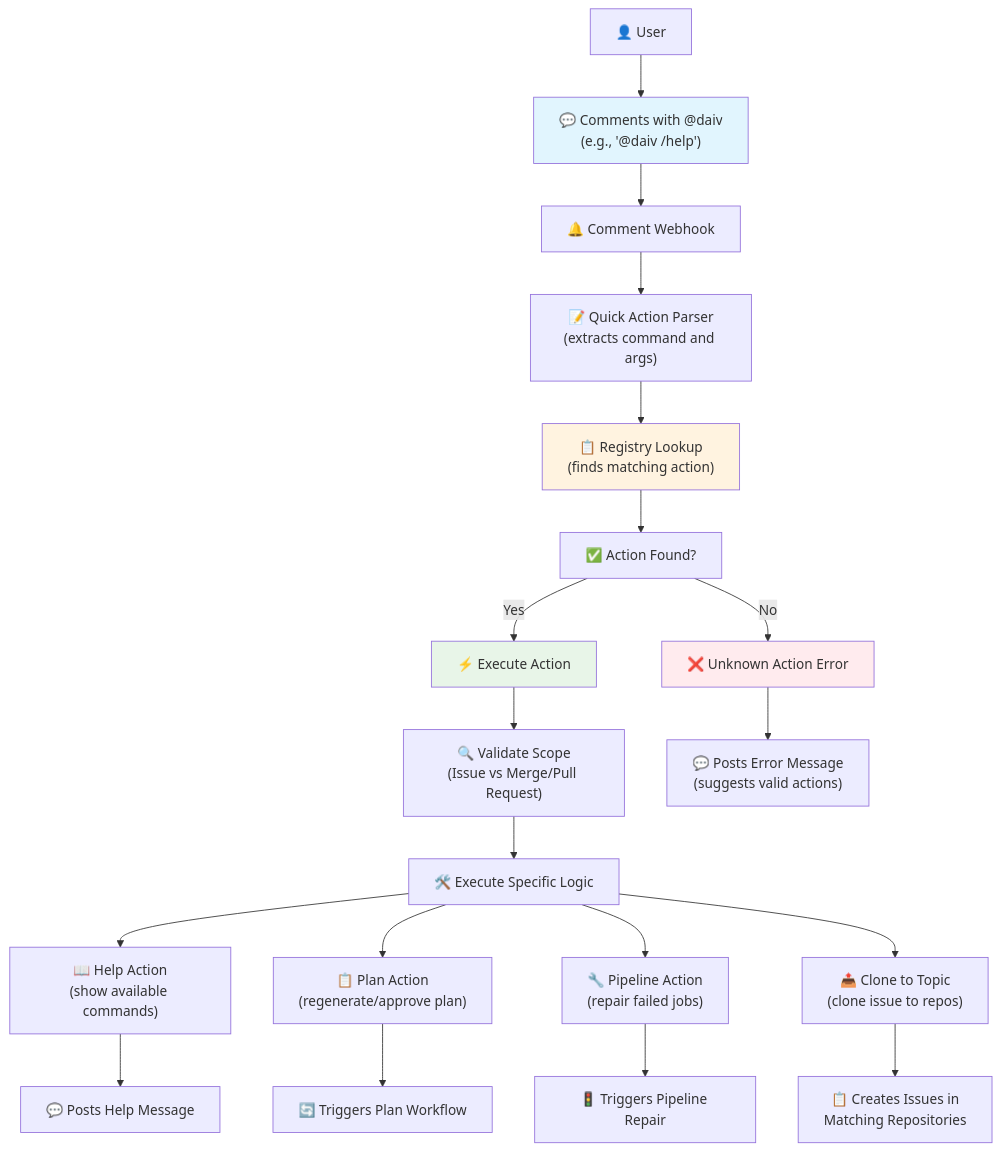
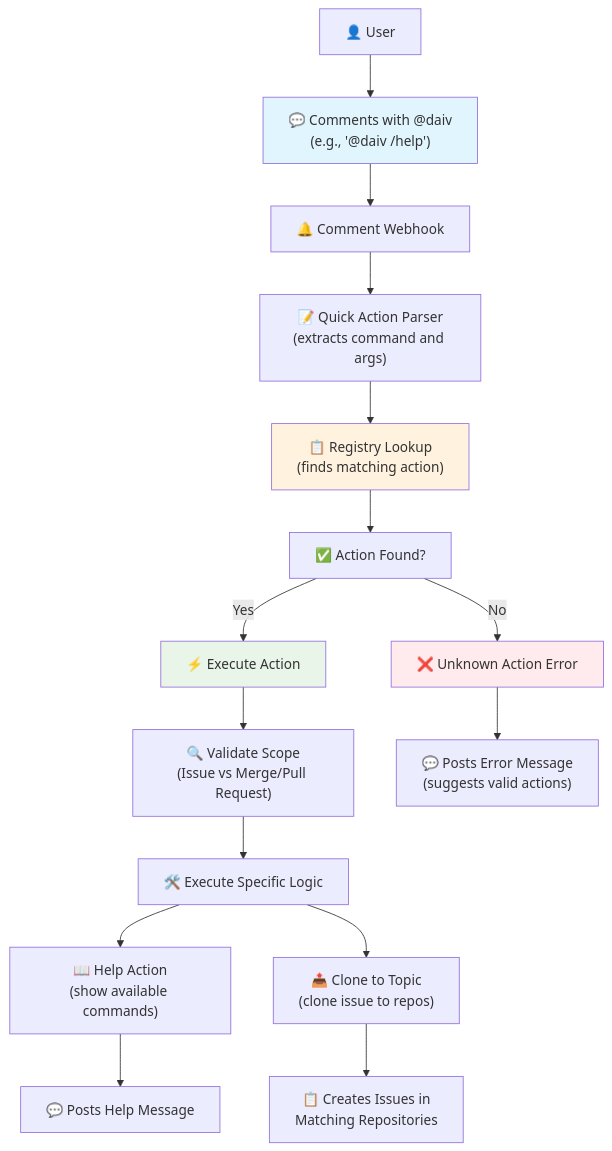
The diagram in docs/features/quick-actions.md (srtab/daiv), drawn with Mermaid before and after one commit. The commit also changed other lines of this file and 6 other files, not shown here.

Commit message:
Removed quick actions plan in favor of new architecture.

````diff
--- a/docs/features/quick-actions.md
+++ b/docs/features/quick-actions.md
@@ -43,31 +43,27 @@
 ```mermaid
 graph TD
     A["👤 User"] --> B["💬 Comments with @daiv<br/>(e.g., '@daiv /help')"]
     B --> C["🔔 Comment Webhook"]
     C --> D["📝 Quick Action Parser<br/>(extracts command and args)"]
     D --> E["📋 Registry Lookup<br/>(finds matching action)"]
 
     E --> F["✅ Action Found?"]
     F -->|Yes| G["⚡ Execute Action"]
     F -->|No| H["❌ Unknown Action Error"]
 
     G --> I["🔍 Validate Scope<br/>(Issue vs Merge/Pull Request)"]
     I --> J["🛠️ Execute Specific Logic"]
 
     J --> K["📖 Help Action<br/>(show available commands)"]
-    J --> L["📋 Plan Action<br/>(regenerate/approve plan)"]
-    J --> M["🔧 Pipeline Action<br/>(repair failed jobs)"]
     J --> R["📤 Clone to Topic<br/>(clone issue to repos)"]
 
     K --> N["💬 Posts Help Message"]
-    L --> O["🔄 Triggers Plan Workflow"]
-    M --> P["🚦 Triggers Pipeline Repair"]
     R --> S["📋 Creates Issues in<br/>Matching Repositories"]
 
     H --> Q["💬 Posts Error Message<br/>(suggests valid actions)"]
 
     style B fill:#e1f5fe
     style E fill:#fff3e0
     style G fill:#e8f5e8
     style H fill:#ffebee
 ```
````
